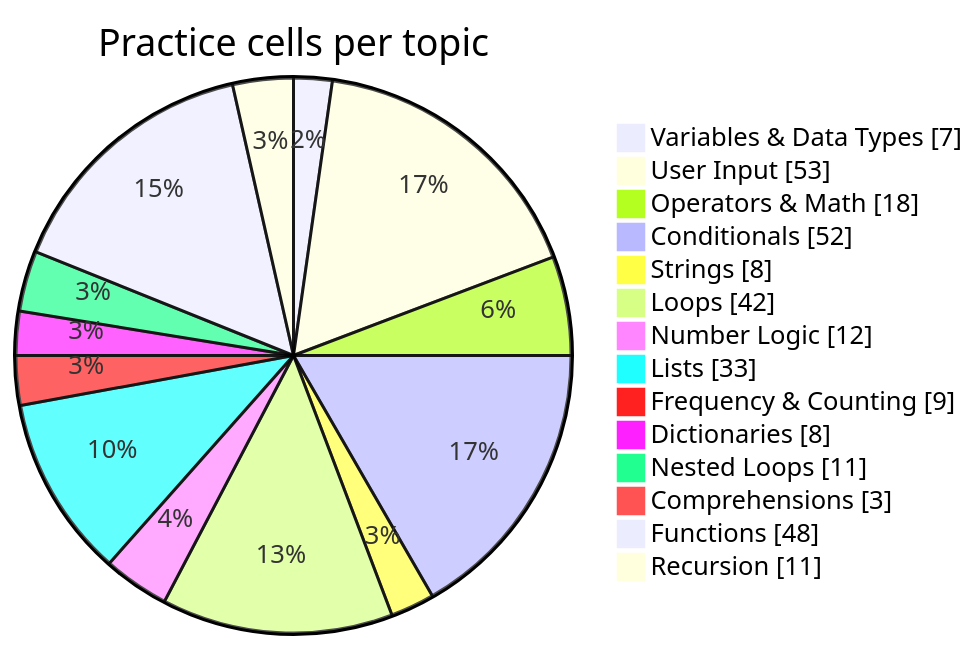
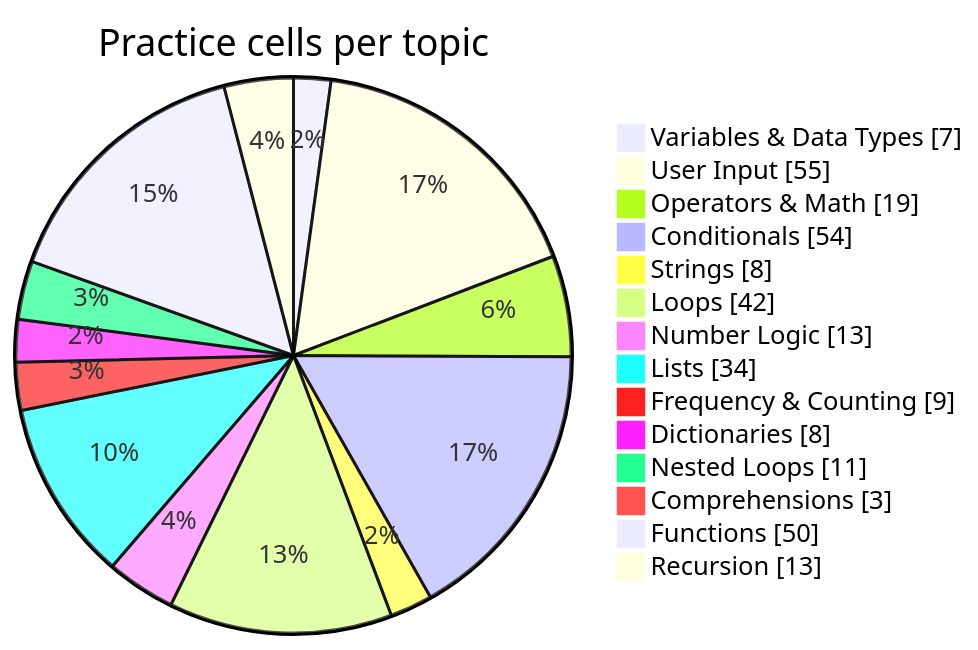
Before and after one commit to Phantom2101/Python-Daily-Practice: the diagram in README.md, drawn with Mermaid. The commit also changed other lines of this file and 3 other files, not shown here.

````diff
--- a/README.md
+++ b/README.md
@@ -126,17 +126,17 @@
 ```mermaid
 pie showData title Practice cells per topic
     "Variables & Data Types" : 7
-    "User Input" : 53
-    "Operators & Math" : 18
-    "Conditionals" : 52
+    "User Input" : 55
+    "Operators & Math" : 19
+    "Conditionals" : 54
     "Strings" : 8
     "Loops" : 42
-    "Number Logic" : 12
-    "Lists" : 33
+    "Number Logic" : 13
+    "Lists" : 34
     "Frequency & Counting" : 9
     "Dictionaries" : 8
     "Nested Loops" : 11
     "Comprehensions" : 3
-    "Functions" : 48
-    "Recursion" : 11
+    "Functions" : 50
+    "Recursion" : 13
 ```
````
